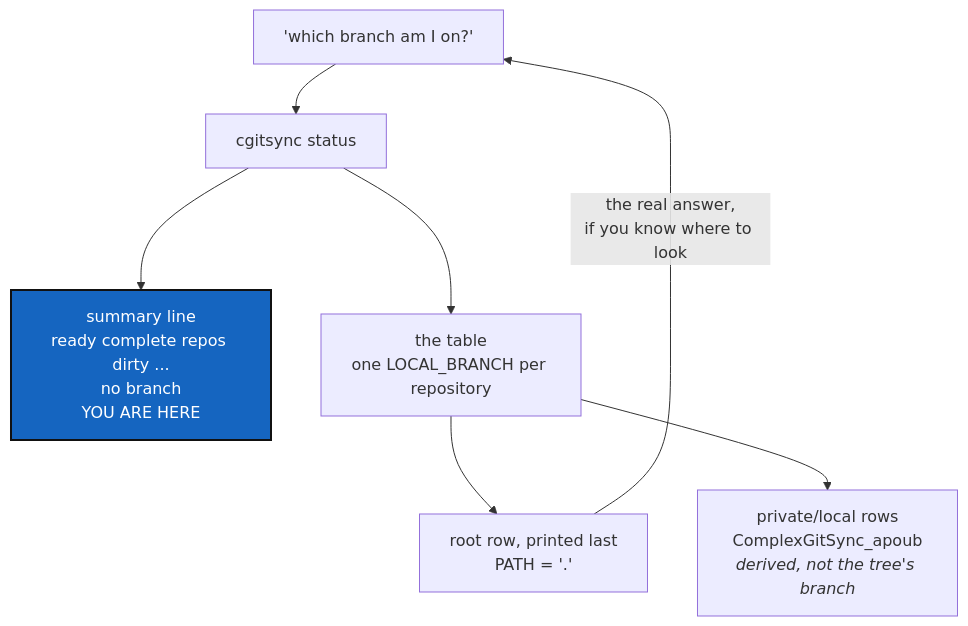
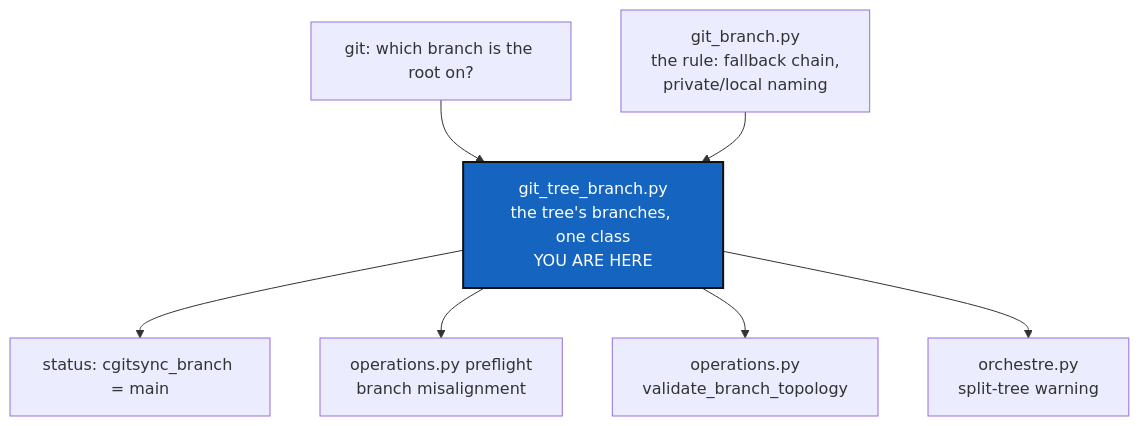
The diagram in DevTickets/openTickets/1-8_StatusCurrentBranch_DevPlanTicket.md (flipoyo/.localSpec), drawn with Mermaid before and after one commit. The commit also changed other lines of this file and 2 other files, not shown here.

Commit message:
cgitsync status will print cgitsync_branch, and the tree's branches get a class of their own: four places work the same answer out separately today, and they disagree on the corners

````diff
--- a/DevTickets/openTickets/1-8_StatusCurrentBranch_DevPlanTicket.md
+++ b/DevTickets/openTickets/1-8_StatusCurrentBranch_DevPlanTicket.md
@@ -35,12 +50,12 @@
 ```mermaid
 graph TD
-    Q["'which branch am I on?'"] --> S["cgitsync status"]
-    S --> SUM["summary line<br/>ready complete repos dirty ...<br/>no branch<br/>YOU ARE HERE"]
-    S --> TAB["the table<br/>one LOCAL_BRANCH per repository"]
-    TAB --> ROOT["root row, printed last<br/>PATH = '.'"]
-    TAB --> PRIV["private/local rows<br/>ComplexGitSync_apoub<br/><i>derived, not the tree's branch</i>"]
-    ROOT -->|"the real answer,<br/>if you know where to look"| Q
+    RUN["git: which branch is the root on?"] --> CLS["git_tree_branch.py<br/>the tree's branches, one class<br/>YOU ARE HERE"]
+    RULE["git_branch.py<br/>the rule: fallback chain,<br/>private/local naming"] --> CLS
+    CLS --> ST["status: cgitsync_branch = main"]
+    CLS --> PRE["operations.py preflight<br/>branch misalignment"]
+    CLS --> TOP["operations.py<br/>validate_branch_topology"]
+    CLS --> INC["orchestre.py<br/>split-tree warning"]
 
     classDef here fill:#1565C0,color:#fff,stroke:#111,stroke-width:2px;
-    class SUM here;
+    class CLS here;
 ```
````
